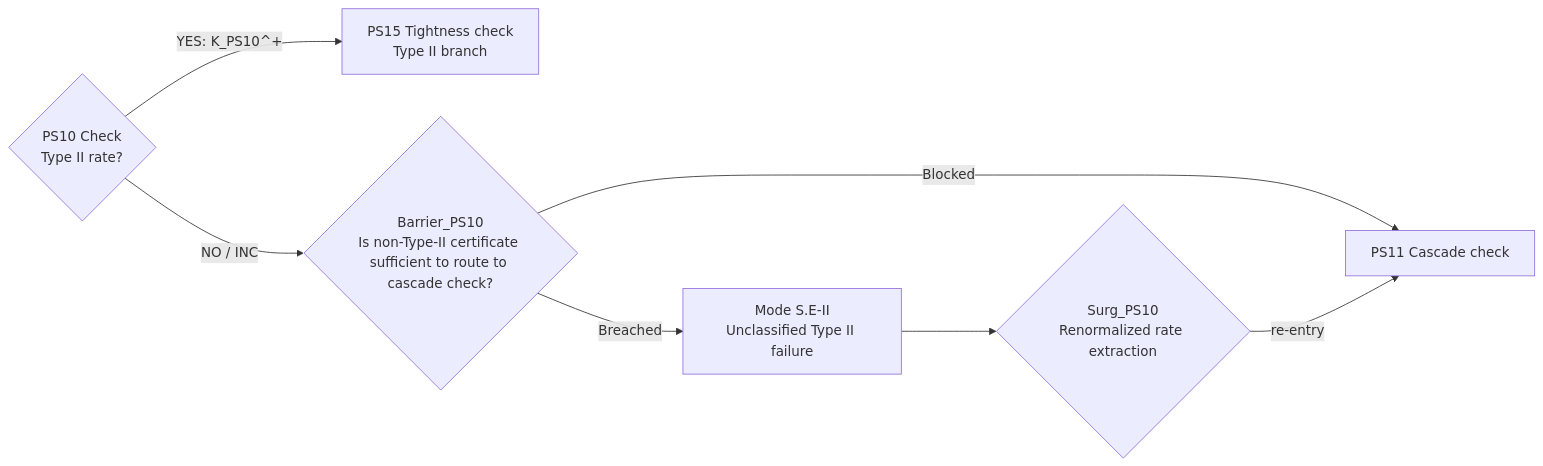
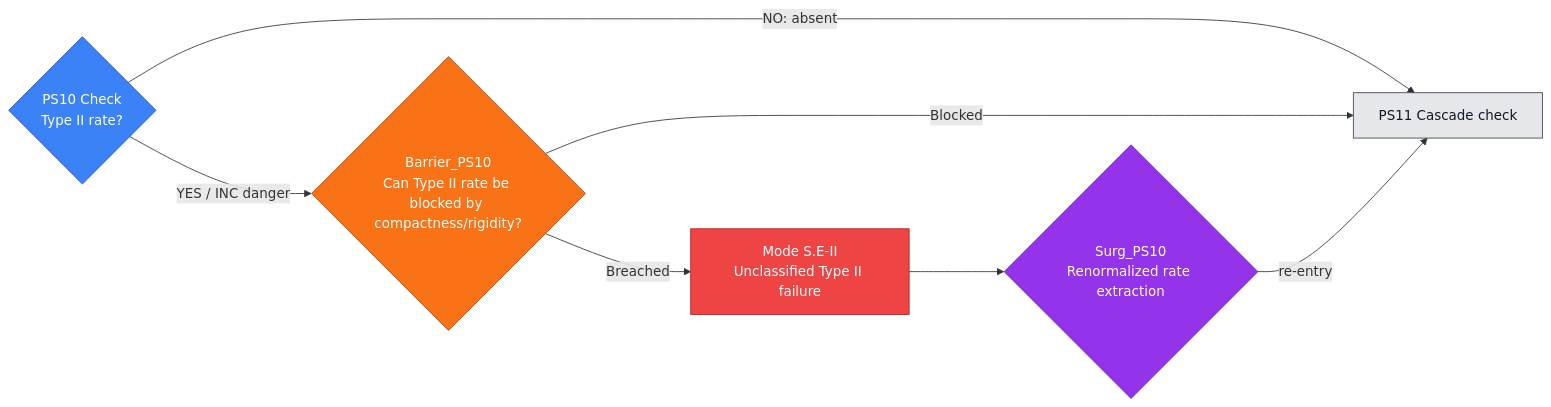
One commit to Guillemdb/hypostructure changed diagram 16 of 54 in docs/source/1_hypostructure_formalism/edits/new_sieve.md. Above: the diagram before and after it, drawn with Mermaid. The commit also changed other lines of this file and 5 other files, not shown here.

````diff
--- a/docs/source/1_hypostructure_formalism/edits/new_sieve.md
+++ b/docs/source/1_hypostructure_formalism/edits/new_sieve.md
@@ -329,10 +1611,23 @@
 ```mermaid
 flowchart LR
     C{"PS10 Check<br/>Type II rate?"}
-    C -- "YES: K_PS10^+" --> N["PS15 Tightness check<br/>Type II branch"]
-    C -- "NO / INC" --> B{"Barrier_PS10<br/>Is non-Type-II certificate sufficient to route to cascade check?"}
-    B -- "Blocked" --> N2["PS11 Cascade check"]
+    C -- "NO: absent" --> N["PS11 Cascade check"]
+    C -- "YES / INC danger" --> B{"Barrier_PS10<br/>Can Type II rate be blocked by compactness/rigidity?"}
+    B -- "Blocked" --> N
     B -- "Breached" --> M["Mode S.E-II<br/>Unclassified Type II failure"]
     M --> S{"Surg_PS10<br/>Renormalized rate extraction"}
-    S -- "re-entry" --> N2
+    S -- "re-entry" --> N
+
+    classDef check fill:#3b82f6,stroke:#1d4ed8,color:#ffffff;
+    classDef barrier fill:#f97316,stroke:#c2410c,color:#ffffff;
+    classDef mode fill:#ef4444,stroke:#b91c1c,color:#ffffff;
+    classDef surgery fill:#9333ea,stroke:#6b21a8,color:#ffffff;
+    classDef next fill:#e5e7eb,stroke:#374151,color:#111827;
+    classDef terminal fill:#fef3c7,stroke:#d97706,color:#111827;
+
+    class C check;
+    class B barrier;
+    class M mode;
+    class S surgery;
+    class N next;
 ```
````
